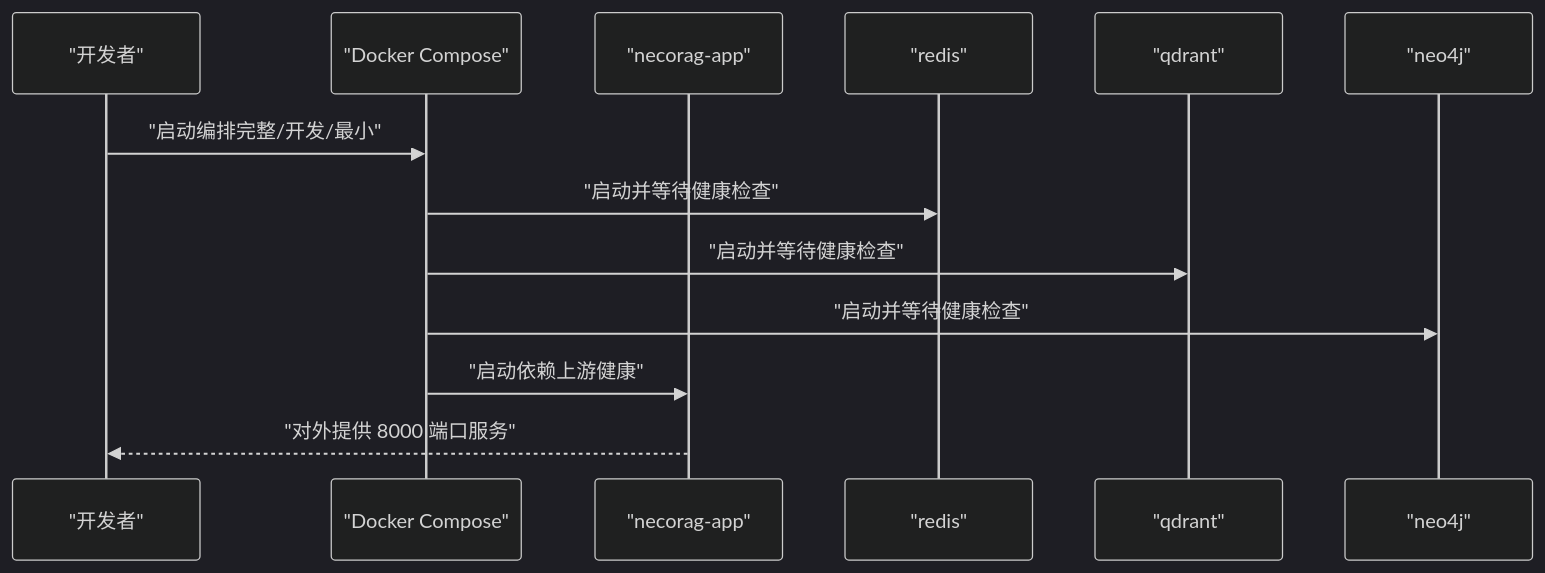
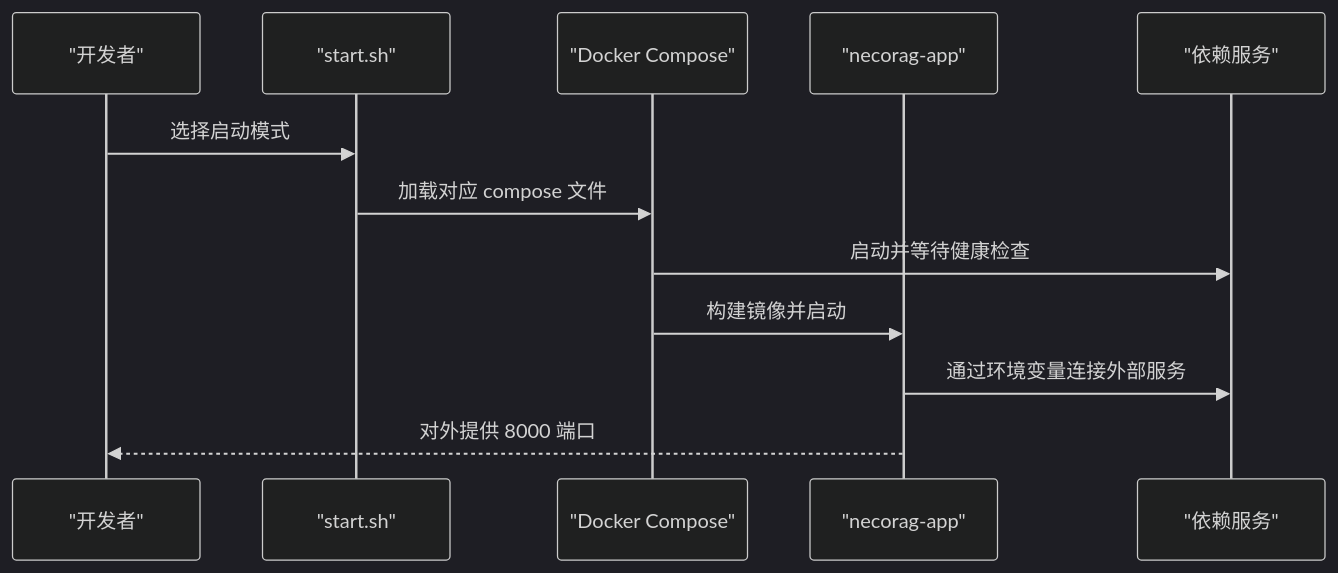
The fourth of 5 diagrams in .qoder/repowiki/zh/content/部署与运维/容器化部署.md (JieGaoPrinceton/NecoRAG), drawn with Mermaid (dark theme) before and after one commit. The commit also changed other lines of this file and 181 other files, not shown here.

````diff
--- a/.qoder/repowiki/zh/content/部署与运维/容器化部署.md
+++ b/.qoder/repowiki/zh/content/部署与运维/容器化部署.md
@@ -182,15 +201,14 @@
 ```mermaid
 sequenceDiagram
 participant Dev as "开发者"
+participant Script as "start.sh"
 participant Compose as "Docker Compose"
 participant App as "necorag-app"
-participant Redis as "redis"
-participant Qdrant as "qdrant"
-participant Neo4j as "neo4j"
-Dev->>Compose : "启动编排完整/开发/最小"
-Compose->>Redis : "启动并等待健康检查"
-Compose->>Qdrant : "启动并等待健康检查"
-Compose->>Neo4j : "启动并等待健康检查"
-Compose->>App : "启动依赖上游健康"
-App-->>Dev : "对外提供 8000 端口服务"
+participant Deps as "依赖服务"
+Dev->>Script : 选择启动模式
+Script->>Compose : 加载对应 compose 文件
+Compose->>Deps : 启动并等待健康检查
+Compose->>App : 构建镜像并启动
+App->>Deps : 通过环境变量连接外部服务
+App-->>Dev : 对外提供 8000 端口
 ```
````
